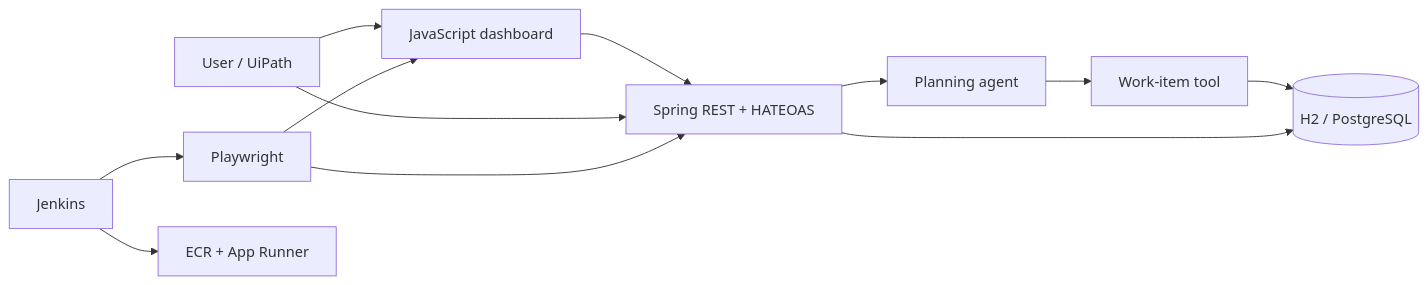
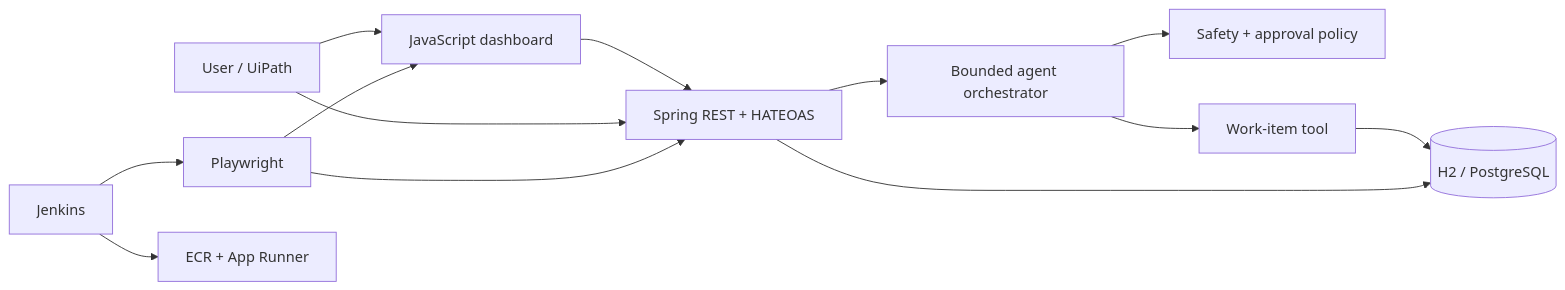
Before and after one commit to jmmmdv/RequestFlowAI: the diagram in README.md, drawn with Mermaid. The commit also changed other lines of this file and 27 other files, not shown here.

````diff
--- a/README.md
+++ b/README.md
@@ -128,14 +131,15 @@
 ```mermaid
 flowchart LR
   User["User / UiPath"] --> UI["JavaScript dashboard"]
   UI --> API["Spring REST + HATEOAS"]
   User --> API
-  API --> Agent["Planning agent"]
+  API --> Agent["Bounded agent orchestrator"]
+  Agent --> Policy["Safety + approval policy"]
   Agent --> Tool["Work-item tool"]
   Tool --> DB[("H2 / PostgreSQL")]
   API --> DB
   PW["Playwright"] --> UI
   PW --> API
   Jenkins["Jenkins"] --> PW
   Jenkins --> AWS["ECR + App Runner"]
 ```
````
